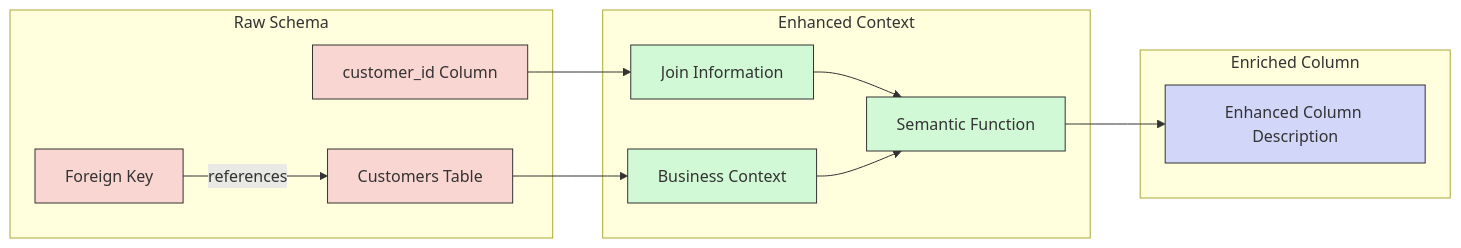
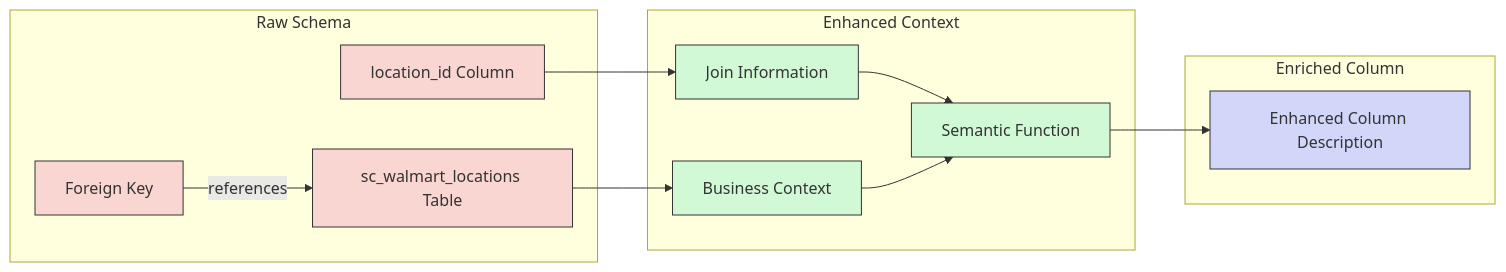
Before and after one commit to arunmenon/text2sql: the second of 7 diagrams in documentation/reports/knowledge_graph_flywheel.md, drawn with Mermaid. The commit also changed other lines of this file, not shown here.

Commit message:
Update Knowledge Graph Flywheel document with Walmart schema context and examples

````diff
--- a/documentation/reports/knowledge_graph_flywheel.md
+++ b/documentation/reports/knowledge_graph_flywheel.md
@@ -58,33 +77,33 @@
 ```mermaid
 flowchart LR
     subgraph Raw Schema
-        C1[customer_id Column]
+        C1[location_id Column]
         FK[Foreign Key]
-        PT[Customers Table]
+        PT[sc_walmart_locations Table]
     end
     
     subgraph Enhanced Context
         JI[Join Information]
         BI[Business Context]
         SF[Semantic Function]
     end
     
     subgraph Enriched Column
         R1[Enhanced Column Description]
     end
     
     C1 --> JI
     FK --"references"--> PT
     PT --> BI
     JI --> SF
     BI --> SF
     SF --> R1
     
     style C1 fill:#f9d6d2,stroke:#333
     style FK fill:#f9d6d2,stroke:#333
     style PT fill:#f9d6d2,stroke:#333
     style JI fill:#d2f9d6,stroke:#333
     style BI fill:#d2f9d6,stroke:#333
     style SF fill:#d2f9d6,stroke:#333
     style R1 fill:#d2d6f9,stroke:#333
 ```
````
